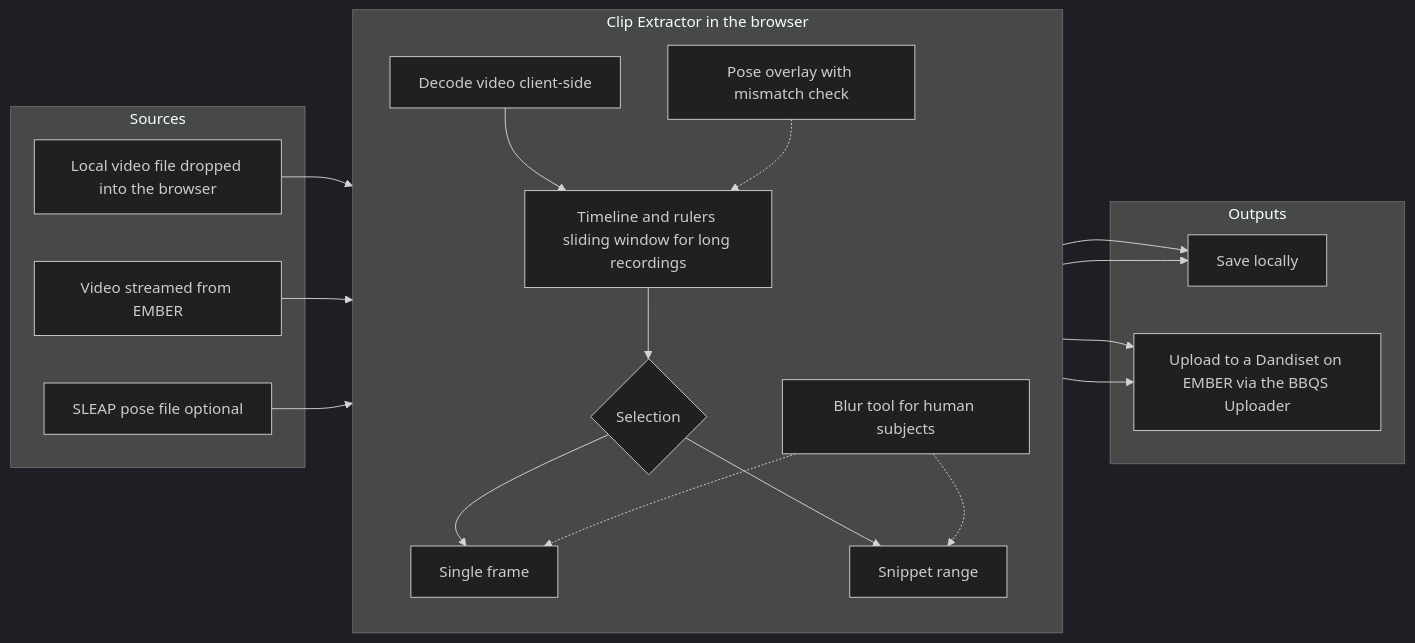
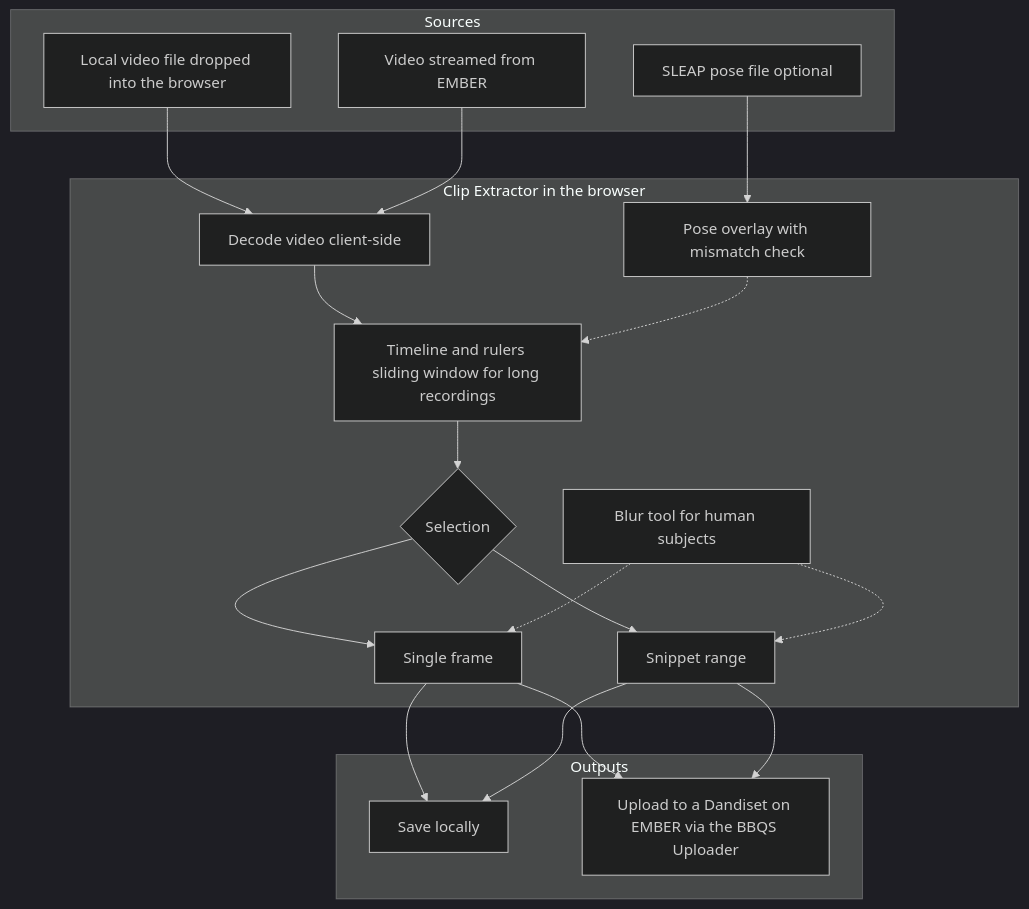
One commit to CodyCBakerPhD/BBQS-EMBER-docs changed the second of 15 diagrams in user-stories/clip-extractor.md. Above: the diagram before and after it, drawn with Mermaid (dark theme). The commit also changed 1 other file, not shown here.

Commit message:
Make the tool overview diagram vertical; rename CLAUDE.md to AGENTS.md
Switch the "What the tool does" flowchart to top-to-bottom so sources,
the in-browser steps, and outputs stack vertically. Rename the agent
instructions file to AGENTS.md since not everyone uses Claude.

Claude-Session: https://claude.ai/code/session_01KSq3qDadhayiuncAEve3ry

````diff
--- a/user-stories/clip-extractor.md
+++ b/user-stories/clip-extractor.md
@@ -55,38 +55,37 @@
 ```mermaid
-flowchart LR
+flowchart TB
     subgraph sources["Sources"]
         L[Local video file dropped into the browser]
         R[Video streamed from EMBER]
         P[SLEAP pose file optional]
     end
 
     subgraph app["Clip Extractor in the browser"]
-        direction TB
         DEC[Decode video client-side]
         TL[Timeline and rulers sliding window for long recordings]
         SEL{Selection}
         FR[Single frame]
         SN[Snippet range]
         OV[Pose overlay with mismatch check]
         BL[Blur tool for human subjects]
         DEC --> TL --> SEL
         SEL --> FR
         SEL --> SN
         OV -.-> TL
         BL -.-> FR
         BL -.-> SN
     end
 
     subgraph outputs["Outputs"]
         SAVE[Save locally]
         UP[Upload to a Dandiset on EMBER via the BBQS Uploader]
     end
 
     L --> DEC
     R --> DEC
     P --> OV
     FR --> SAVE
     SN --> SAVE
     FR --> UP
     SN --> UP
 ```
````
